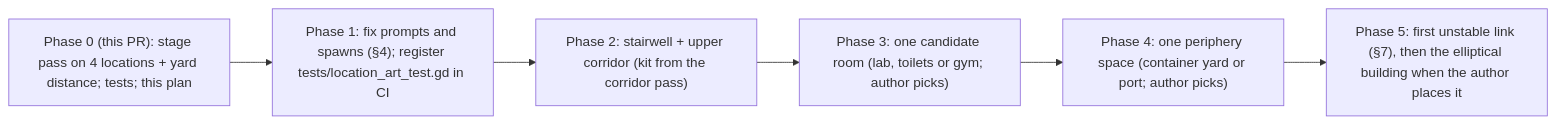
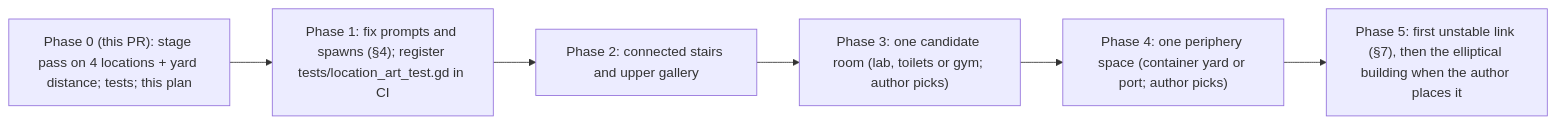
Before and after one commit to BrainEno/where-is-school: the third of 3 diagrams in docs/MAP_PLAN.md, drawn with Mermaid. The commit also changed other lines of this file and 27 other files, not shown here.

````diff
--- a/docs/MAP_PLAN.md
+++ b/docs/MAP_PLAN.md
@@ -186,9 +186,9 @@
 ```mermaid
 flowchart LR
   p0["Phase 0 (this PR): stage pass on 4 locations + yard distance; tests; this plan"] --> p1
   p1["Phase 1: fix prompts and spawns (§4); register tests/location_art_test.gd in CI"] --> p2
-  p2["Phase 2: stairwell + upper corridor (kit from the corridor pass)"] --> p3
+  p2["Phase 2: connected stairs and upper gallery"] --> p3
   p3["Phase 3: one candidate room (lab, toilets or gym; author picks)"] --> p4
   p4["Phase 4: one periphery space (container yard or port; author picks)"] --> p5
   p5["Phase 5: first unstable link (§7), then the elliptical building when the author places it"]
 ```
````
